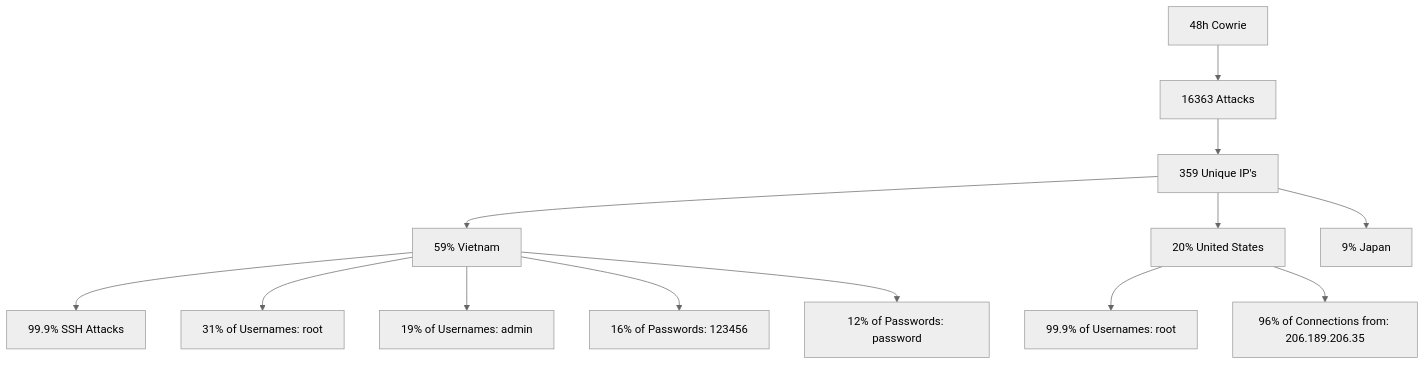
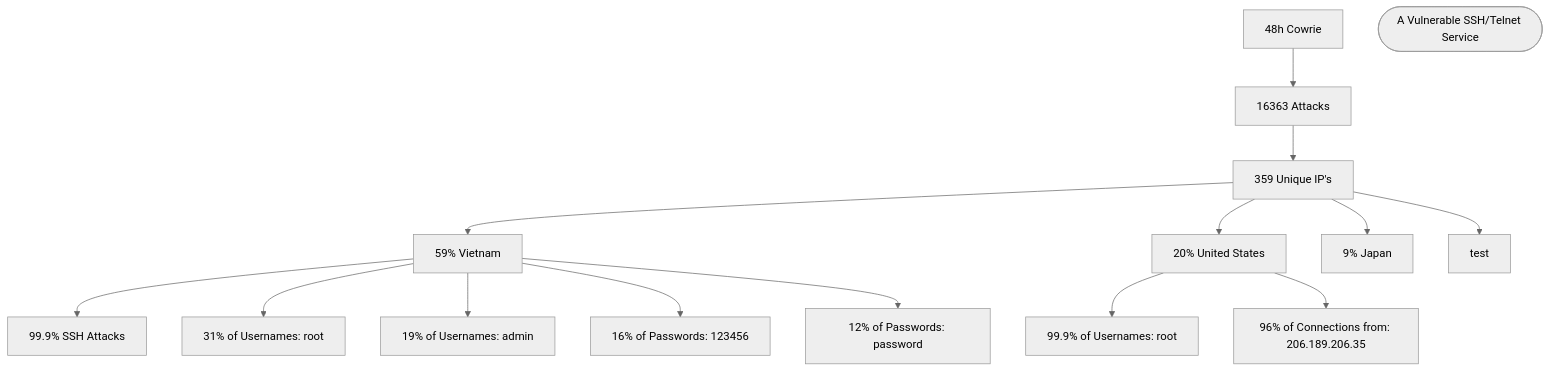
The second of 2 diagrams in in_depth_data.md (matthewomccorkle/matthewomccorkle.github.io), drawn with Mermaid (neutral theme) before and after one commit. The commit also changed other lines of this file, not shown here.

````diff
--- a/in_depth_data.md
+++ b/in_depth_data.md
@@ -25,15 +25,17 @@
 ```mermaid
 flowchart TD
 A[48h Cowrie] -->B[16363 Attacks]
     B[16363 Attacks] -->C[359 Unique IP's]
     C[359 Unique IP's] -->D[59% Vietnam]
     C[359 Unique IP's] -->E[20% United States]
     C[359 Unique IP's] -->F[9% Japan]
     D[59% Vietnam] -->G[99.9% SSH Attacks]
     D[59% Vietnam] -->H[31% of Usernames: root]
     D[59% Vietnam] -->I[19% of Usernames: admin]
     D[59% Vietnam] -->J[16% of Passwords: 123456]
     D[59% Vietnam] -->K[12% of Passwords: password]
 E[20% United States] -->L[99.9% of Usernames: root]
 E[20% United States] -->M[96% of Connections from: 206.189.206.35]
+C[359 Unique IP's] -->N[test]
+id1([A Vulnerable SSH/Telnet Service])
 ```
````
